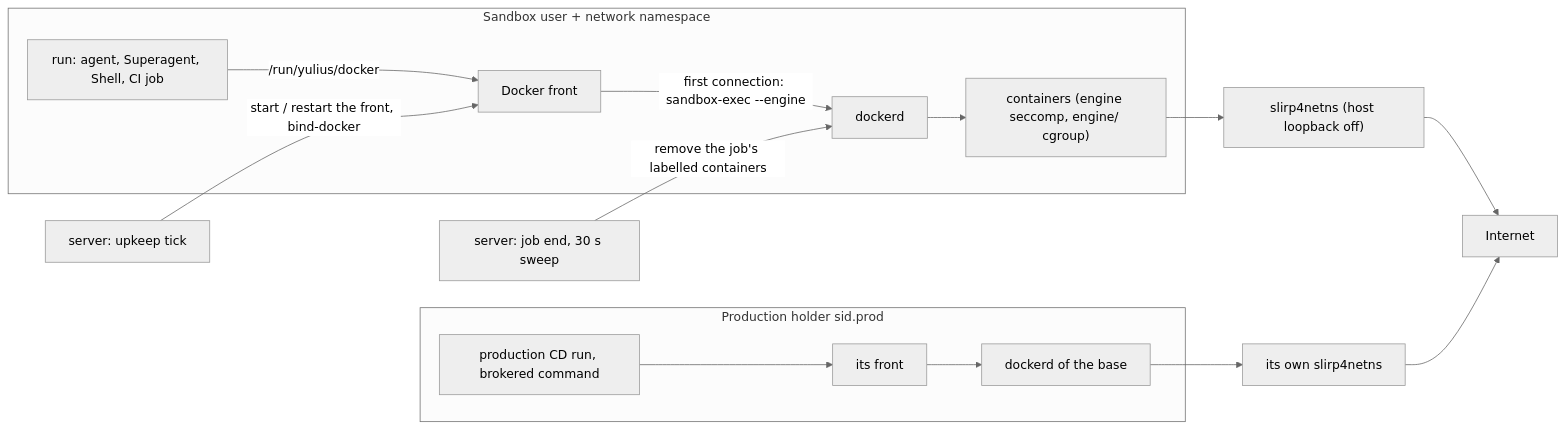
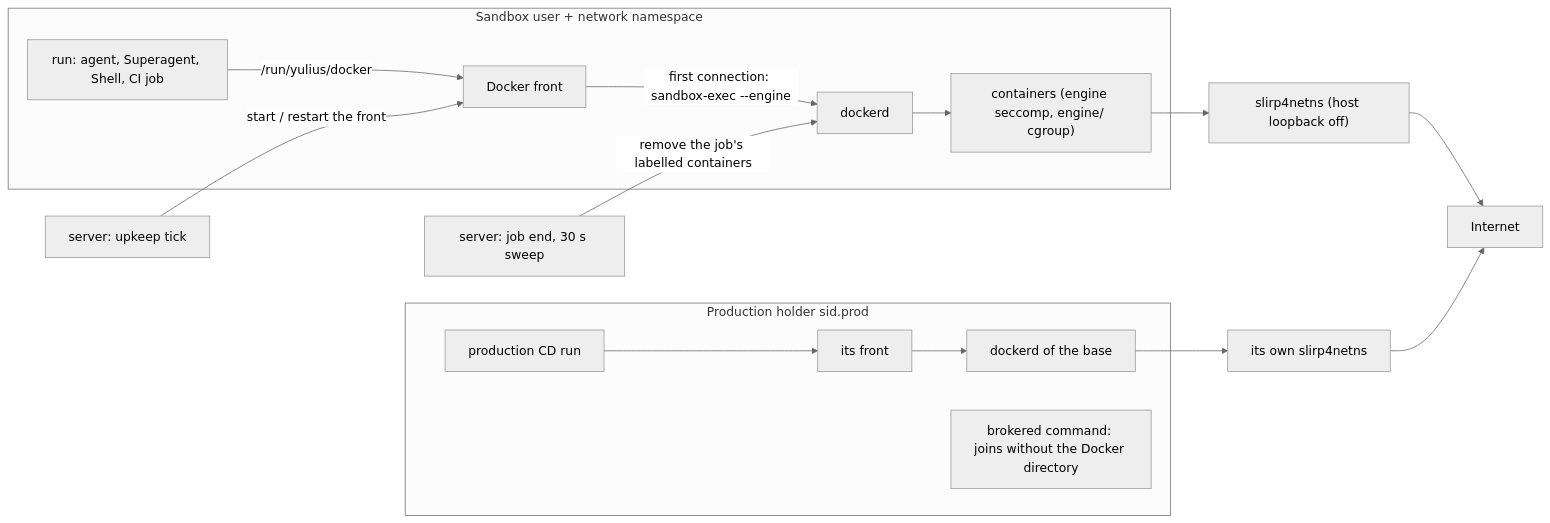
The third of 6 diagrams in docs/architecture.md (Quartio-Studio/yulius), drawn with Mermaid (neutral theme) before and after one commit. The commit also changed other lines of this file, not shown here.

Commit message:
fix(docs): review round 1 of #1802: brokered commands have no Docker front; three containment modes named

````diff
--- a/docs/architecture.md
+++ b/docs/architecture.md
@@ -181,15 +186,16 @@
 ```mermaid
 flowchart LR
   subgraph NS["Sandbox user + network namespace"]
     R["run: agent, Superagent, Shell, CI job"] -->|"/run/yulius/docker"| H["Docker front"]
     H -->|"first connection: sandbox-exec --engine"| E["dockerd"]
     E --> C["containers (engine seccomp, engine/ cgroup)"]
   end
   C --> S["slirp4netns (host loopback off)"] --> I["Internet"]
-  K["server: upkeep tick"] -->|"start / restart the front, bind-docker"| H
+  K["server: upkeep tick"] -->|"start / restart the front"| H
   X["server: job end, 30 s sweep"] -->|"remove the job's labelled containers"| E
   subgraph PNS["Production holder sid.prod"]
-    P["production CD run, brokered command"] --> PF["its front"] --> PE["dockerd of the base"]
+    P["production CD run"] --> PF["its front"] --> PE["dockerd of the base"]
+    B["brokered command: joins without the Docker directory"]
   end
   PE --> PS["its own slirp4netns"] --> I
 ```
````
